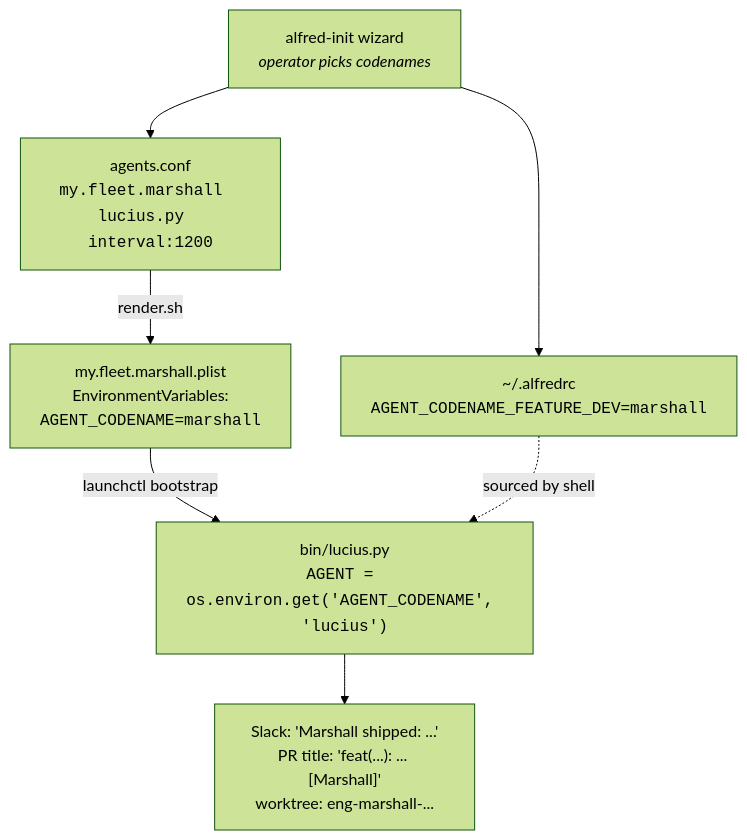
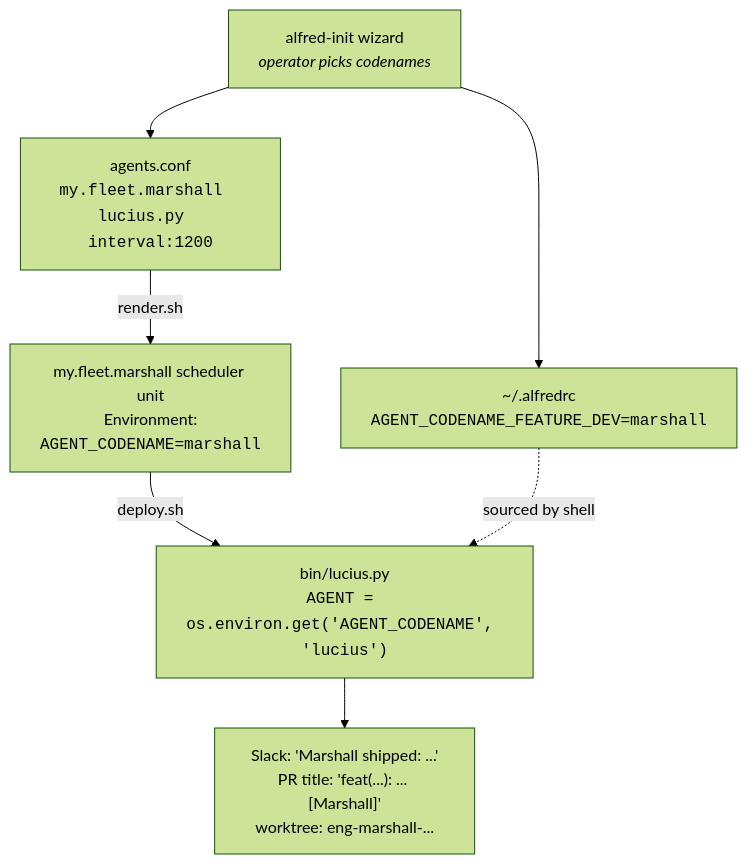
Before and after one commit to luminik-io/alfred-os: the diagram in site/src/content/docs/concepts/codename-pattern.md, drawn with Mermaid (forest theme). The commit also changed other lines of this file and 39 other files, not shown here.

````diff
--- a/site/src/content/docs/concepts/codename-pattern.md
+++ b/site/src/content/docs/concepts/codename-pattern.md
@@ -87,16 +87,16 @@
 ```mermaid
 flowchart TB
     init["alfred-init wizard<br/><i>operator picks codenames</i>"]
     rc["~/.alfredrc<br/><code>AGENT_CODENAME_FEATURE_DEV=marshall</code>"]
     conf["agents.conf<br/><code>my.fleet.marshall  lucius.py  interval:1200</code>"]
-    plist["my.fleet.marshall.plist<br/>EnvironmentVariables:<br/><code>AGENT_CODENAME=marshall</code>"]
+    unit["my.fleet.marshall scheduler unit<br/>Environment:<br/><code>AGENT_CODENAME=marshall</code>"]
     runner["bin/lucius.py<br/><code>AGENT = os.environ.get('AGENT_CODENAME', 'lucius')</code>"]
     output["Slack: 'Marshall shipped: ...'<br/>PR title: 'feat(...): ... [Marshall]'<br/>worktree: eng-marshall-..."]
 
     init --> rc
     init --> conf
-    conf -- "render.sh" --> plist
-    plist -- "launchctl bootstrap" --> runner
+    conf -- "render.sh" --> unit
+    unit -- "deploy.sh" --> runner
     rc -. "sourced by shell" .-> runner
     runner --> output
 ```
````
